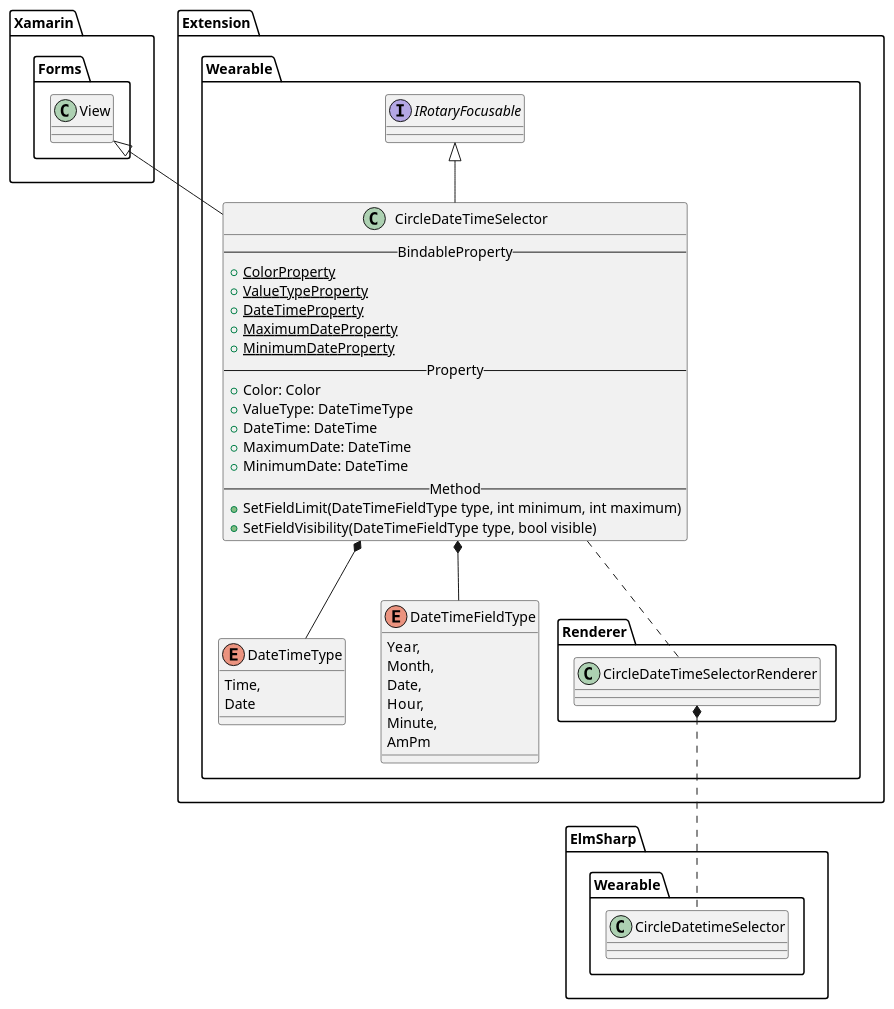
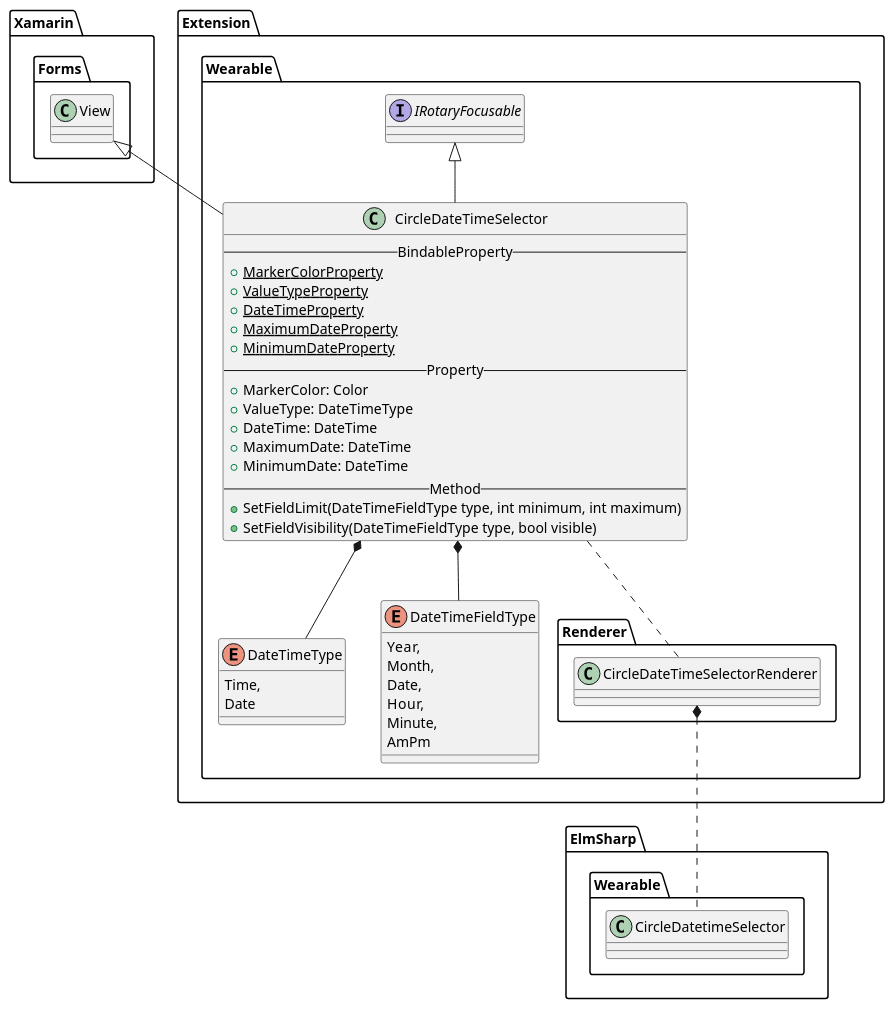
The second of 15 diagrams in doc/design/uml/CirclePage.wsd (Samsung/Tizen.CircularUI), drawn with PlantUML before and after one commit. The commit also changed other lines of this file and 11 other files, not shown here.

Commit message:
[CircleDateTimeSelector/CircleStepper] change name of Color property to MarkerColor

```diff
--- a/doc/design/uml/CirclePage.wsd
+++ b/doc/design/uml/CirclePage.wsd
@@ -58,55 +58,55 @@
 @startuml CircleDateTimeSelector.png
 
 package "Xamarin.Forms" {
     class View
 }
 
 package "Extension.Wearable" {
     interface IRotaryFocusable
     class CircleDateTimeSelector {
         --BindableProperty--
-        {static} +ColorProperty
+        {static} +MarkerColorProperty
         {static} +ValueTypeProperty
         {static} +DateTimeProperty
         {static} +MaximumDateProperty
         {static} +MinimumDateProperty
         --Property--
-        +Color: Color
+        +MarkerColor: Color
         +ValueType: DateTimeType
         +DateTime: DateTime
         +MaximumDate: DateTime
         +MinimumDate: DateTime
         --Method--
         + SetFieldLimit(DateTimeFieldType type, int minimum, int maximum)
         + SetFieldVisibility(DateTimeFieldType type, bool visible)
     }
     enum DateTimeType {
         Time,
         Date
     }
 
     enum DateTimeFieldType {
         Year,
         Month,
         Date,
         Hour,
         Minute,
         AmPm
     }
 
     CircleDateTimeSelector -u-|> View
     CircleDateTimeSelector -u-|> IRotaryFocusable
     CircleDateTimeSelector *-d- DateTimeType
     CircleDateTimeSelector *-d- DateTimeFieldType
 }
 
 package "Extension.Wearable.Renderer" {
     class CircleDateTimeSelectorRenderer
     CircleDateTimeSelectorRenderer .u. CircleDateTimeSelector
 }
 
 package "ElmSharp.Wearable" {
     class CircleDatetimeSelector
     CircleDateTimeSelectorRenderer *.d. CircleDatetimeSelector
 }
 @enduml
```
